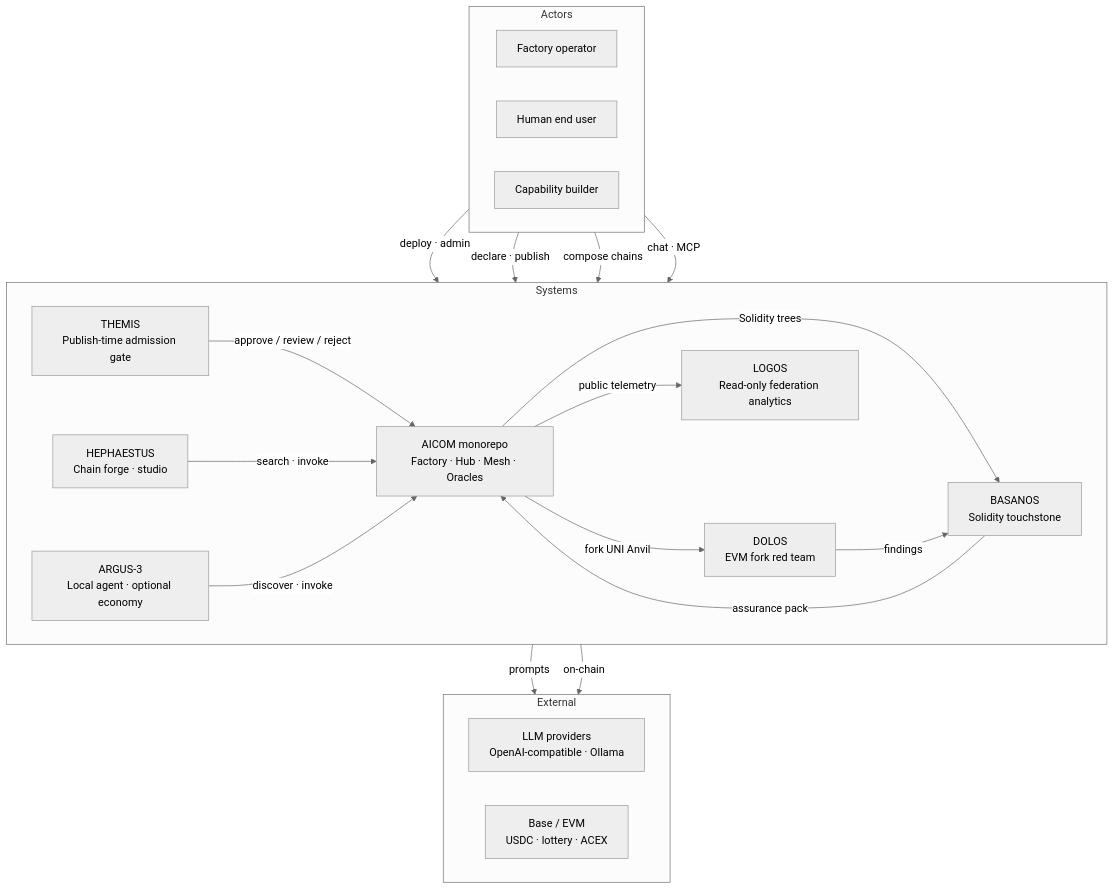
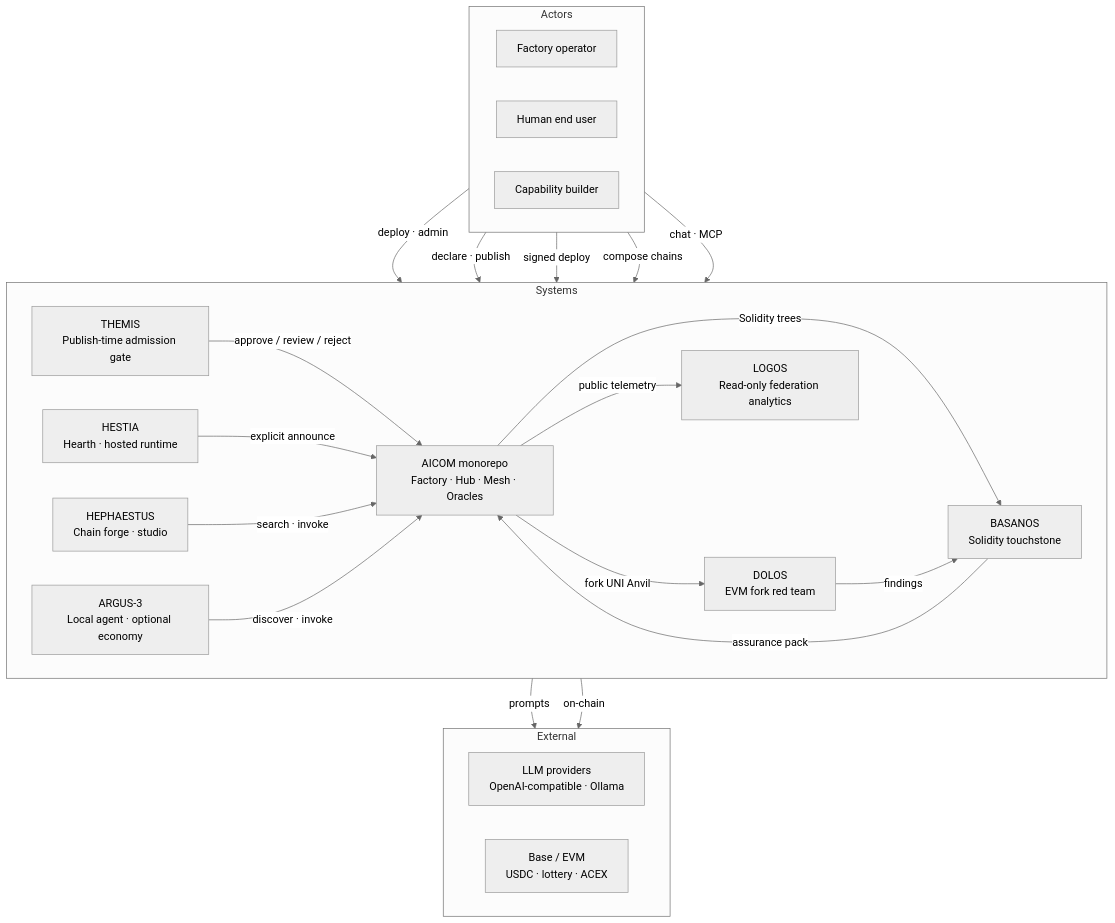
Before and after one commit to alexar76/aicom: the second of 5 diagrams in docs/ecosystem/whitepaper/en.md, drawn with Mermaid (neutral theme). The commit also changed other lines of this file and 28 other files, not shown here.

````diff
--- a/docs/ecosystem/whitepaper/en.md
+++ b/docs/ecosystem/whitepaper/en.md
@@ -144,41 +147,44 @@
 ```mermaid
 flowchart TB
   subgraph actors["Actors"]
     direction LR
     operator["Factory operator"]
     enduser["Human end user"]
     builder["Capability builder"]
   end
 
   subgraph systems["Systems"]
     direction LR
     aicom["AICOM monorepo<br/>Factory · Hub · Mesh · Oracles"]
     themis["THEMIS<br/>Publish-time admission gate"]
+    hestia["HESTIA<br/>Hearth · hosted runtime"]
     basanos["BASANOS<br/>Solidity touchstone"]
     dolos["DOLOS<br/>EVM fork red team"]
     hephaestus["HEPHAESTUS<br/>Chain forge · studio"]
     logos["LOGOS<br/>Read-only federation analytics"]
     argus["ARGUS-3<br/>Local agent · optional economy"]
   end
 
   subgraph external["External"]
     direction LR
     llm["LLM providers<br/>OpenAI-compatible · Ollama"]
     chain["Base / EVM<br/>USDC · lottery · ACEX"]
   end
 
   operator -->|deploy · admin| aicom
   builder -->|declare · publish| themis
   themis -->|"approve / review / reject"| aicom
+  builder -->|signed deploy| hestia
+  hestia -->|explicit announce| aicom
   enduser -->|compose chains| hephaestus
   hephaestus -->|search · invoke| aicom
   aicom -->|Solidity trees| basanos
   basanos -->|assurance pack| aicom
   aicom -->|fork UNI Anvil| dolos
   dolos -->|findings| basanos
   enduser -->|chat · MCP| argus
   argus -->|discover · invoke| aicom
   aicom -->|public telemetry| logos
   aicom -->|prompts| llm
   aicom -->|on-chain| chain
 ```
````
